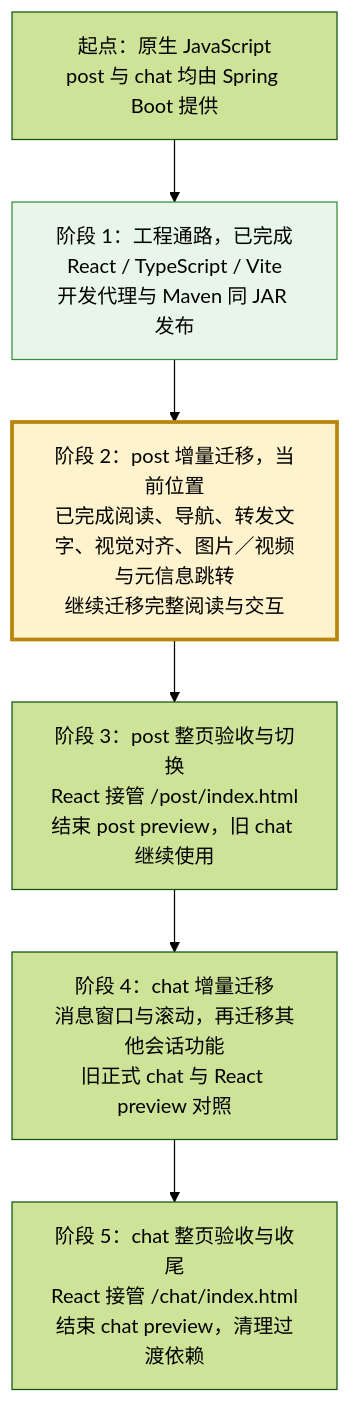
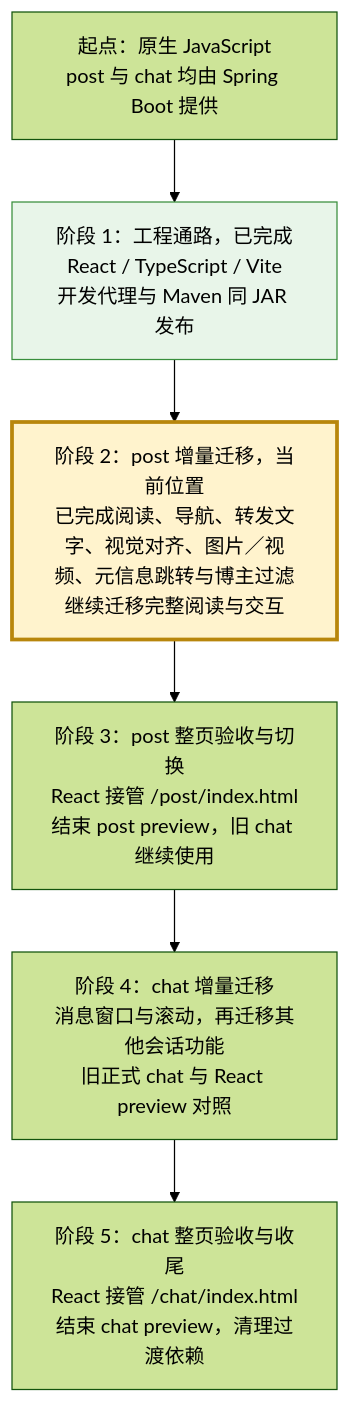
The diagram in .scratch/react-migration/PLAN.md (findxyz/vb-weibo-plus), drawn with Mermaid (forest theme) before and after one commit. The commit also changed other lines of this file and 1 other file, not shown here.

Commit message:
docs: resolve blogger name filtering and update migration roadmap

````diff
--- a/.scratch/react-migration/PLAN.md
+++ b/.scratch/react-migration/PLAN.md
@@ -11,14 +11,14 @@
 ```mermaid
 flowchart TD
     A["起点：原生 JavaScript<br/>post 与 chat 均由 Spring Boot 提供"]
     B["阶段 1：工程通路，已完成<br/>React / TypeScript / Vite<br/>开发代理与 Maven 同 JAR 发布"]
-    C["阶段 2：post 增量迁移，当前位置<br/>已完成阅读、导航、转发文字、视觉对齐、图片／视频与元信息跳转<br/>继续迁移完整阅读与交互"]
+    C["阶段 2：post 增量迁移，当前位置<br/>已完成阅读、导航、转发文字、视觉对齐、图片／视频、元信息跳转与博主过滤<br/>继续迁移完整阅读与交互"]
     D["阶段 3：post 整页验收与切换<br/>React 接管 /post/index.html<br/>结束 post preview，旧 chat 继续使用"]
     E["阶段 4：chat 增量迁移<br/>消息窗口与滚动，再迁移其他会话功能<br/>旧正式 chat 与 React preview 对照"]
     F["阶段 5：chat 整页验收与收尾<br/>React 接管 /chat/index.html<br/>结束 chat preview，清理过渡依赖"]
     A --> B --> C --> D --> E --> F
     classDef complete fill:#e8f5e9,stroke:#388e3c
     classDef current fill:#fff3cd,stroke:#b8860b,stroke-width:3px
     class B complete
     class C current
 ```
````
